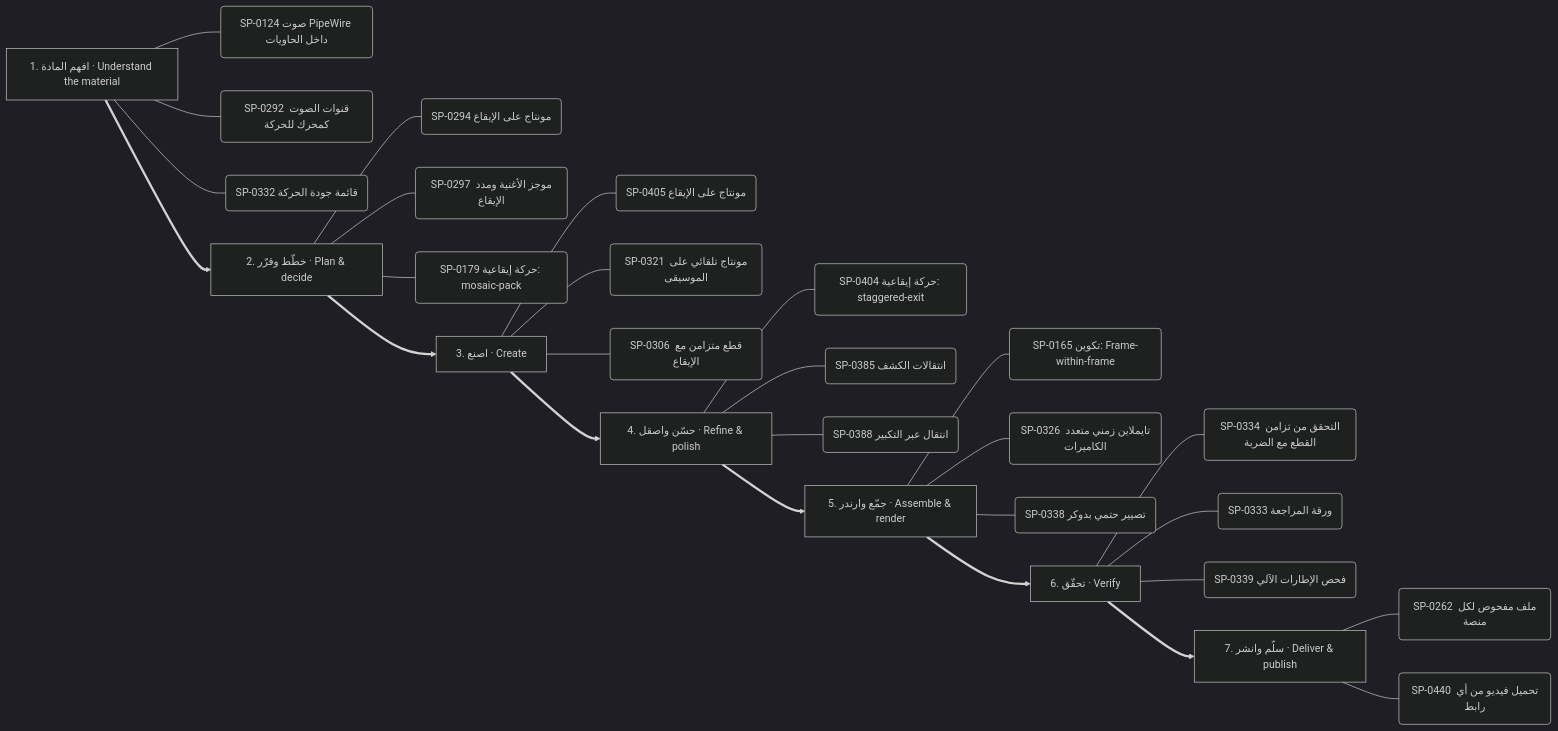
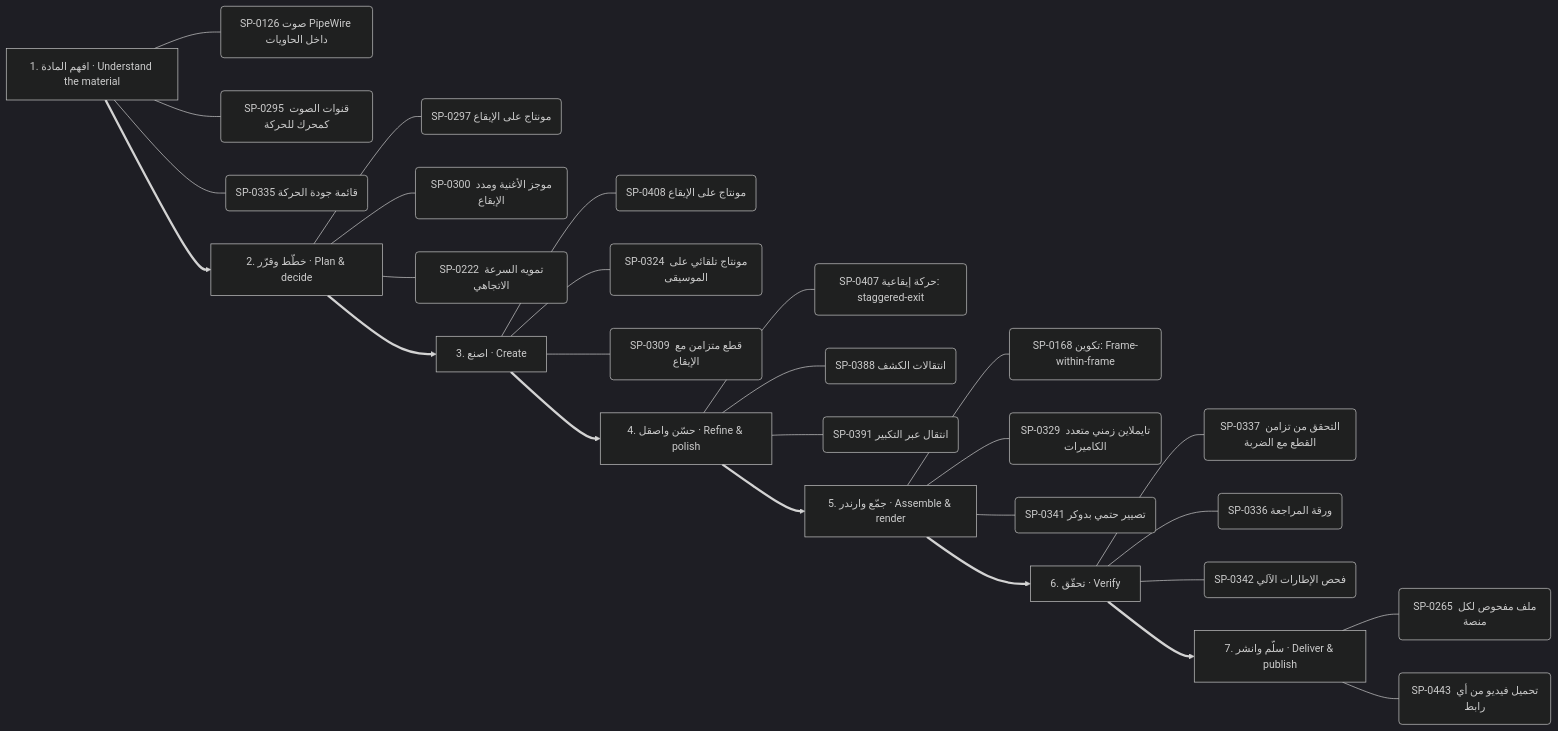
The third of 13 diagrams in .claude/skills/kosif-superpowers/references/capability-mindmap.md (kosif199022-jpg/kosif-tool), drawn with Mermaid (dark theme) before and after one commit. The commit also changed other lines of this file and 46 other files, not shown here.

````diff
--- a/.claude/skills/kosif-superpowers/references/capability-mindmap.md
+++ b/.claude/skills/kosif-superpowers/references/capability-mindmap.md
@@ -178,36 +177,36 @@
 ```mermaid
 flowchart LR
   S0["1. افهم المادة · Understand the material"]
-  S0 --- S0_0("SP-0124 صوت PipeWire داخل الحاويات")
-  S0 --- S0_1("SP-0292 قنوات الصوت كمحرك للحركة")
-  S0 --- S0_2("SP-0332 قائمة جودة الحركة")
+  S0 --- S0_0("SP-0126 صوت PipeWire داخل الحاويات")
+  S0 --- S0_1("SP-0295 قنوات الصوت كمحرك للحركة")
+  S0 --- S0_2("SP-0335 قائمة جودة الحركة")
   S1["2. خطّط وقرّر · Plan & decide"]
-  S1 --- S1_0("SP-0294 مونتاج على الإيقاع")
-  S1 --- S1_1("SP-0297 موجز الأغنية ومدد الإيقاع")
-  S1 --- S1_2("SP-0179 حركة إيقاعية: mosaic-pack")
+  S1 --- S1_0("SP-0297 مونتاج على الإيقاع")
+  S1 --- S1_1("SP-0300 موجز الأغنية ومدد الإيقاع")
+  S1 --- S1_2("SP-0222 تمويه السرعة الاتجاهي")
   S0 ==> S1
   S2["3. اصنع · Create"]
-  S2 --- S2_0("SP-0405 مونتاج على الإيقاع")
-  S2 --- S2_1("SP-0321 مونتاج تلقائي على الموسيقى")
-  S2 --- S2_2("SP-0306 قطع متزامن مع الإيقاع")
+  S2 --- S2_0("SP-0408 مونتاج على الإيقاع")
+  S2 --- S2_1("SP-0324 مونتاج تلقائي على الموسيقى")
+  S2 --- S2_2("SP-0309 قطع متزامن مع الإيقاع")
   S1 ==> S2
   S3["4. حسّن واصقل · Refine & polish"]
-  S3 --- S3_0("SP-0404 حركة إيقاعية: staggered-exit")
-  S3 --- S3_1("SP-0385 انتقالات الكشف")
-  S3 --- S3_2("SP-0388 انتقال عبر التكبير")
+  S3 --- S3_0("SP-0407 حركة إيقاعية: staggered-exit")
+  S3 --- S3_1("SP-0388 انتقالات الكشف")
+  S3 --- S3_2("SP-0391 انتقال عبر التكبير")
   S2 ==> S3
   S4["5. جمّع وارندر · Assemble & render"]
-  S4 --- S4_0("SP-0165 تكوين: Frame-within-frame")
-  S4 --- S4_1("SP-0326 تايملاين زمني متعدد الكاميرات")
-  S4 --- S4_2("SP-0338 تصيير حتمي بدوكر")
+  S4 --- S4_0("SP-0168 تكوين: Frame-within-frame")
+  S4 --- S4_1("SP-0329 تايملاين زمني متعدد الكاميرات")
+  S4 --- S4_2("SP-0341 تصيير حتمي بدوكر")
   S3 ==> S4
   S5["6. تحقّق · Verify"]
-  S5 --- S5_0("SP-0334 التحقق من تزامن القطع مع الضربة")
-  S5 --- S5_1("SP-0333 ورقة المراجعة")
-  S5 --- S5_2("SP-0339 فحص الإطارات الآلي")
+  S5 --- S5_0("SP-0337 التحقق من تزامن القطع مع الضربة")
+  S5 --- S5_1("SP-0336 ورقة المراجعة")
+  S5 --- S5_2("SP-0342 فحص الإطارات الآلي")
   S4 ==> S5
   S6["7. سلّم وانشر · Deliver & publish"]
-  S6 --- S6_0("SP-0262 ملف مفحوص لكل منصة")
-  S6 --- S6_1("SP-0440 تحميل فيديو من أي رابط")
+  S6 --- S6_0("SP-0265 ملف مفحوص لكل منصة")
+  S6 --- S6_1("SP-0443 تحميل فيديو من أي رابط")
   S5 ==> S6
 ```
````
